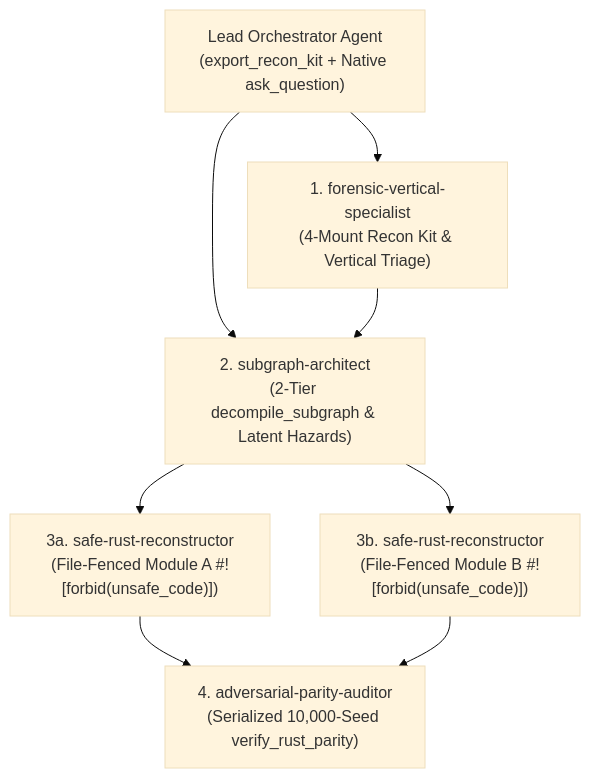
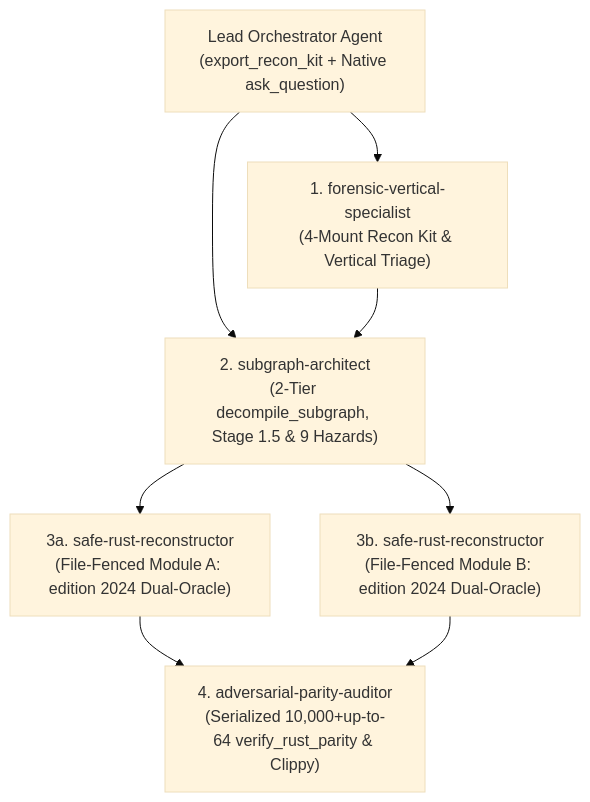
Before and after one commit to PNWcoastie/REA-Argonaut: the diagram in plugins/rea-argonaut/skills/rea-argonaut/references/swarm-orchestration.md, drawn with Mermaid (base theme). The commit also changed other lines of this file and 16 other files, not shown here.

Commit message:
docs(svg,references,guide): polish division-of-labor-map.svg and align reference guides with Stage 1.5, 9 hazards & Rust 1.100 (Closes #34)

````diff
--- a/plugins/rea-argonaut/skills/rea-argonaut/references/swarm-orchestration.md
+++ b/plugins/rea-argonaut/skills/rea-argonaut/references/swarm-orchestration.md
@@ -20,17 +20,17 @@
 ```mermaid
 flowchart TD
     Lead["Lead Orchestrator Agent<br/>(export_recon_kit + Native ask_question)"]
     FVS["1. forensic-vertical-specialist<br/>(4-Mount Recon Kit & Vertical Triage)"]
-    SA["2. subgraph-architect<br/>(2-Tier decompile_subgraph & Latent Hazards)"]
-    SRR1["3a. safe-rust-reconstructor<br/>(File-Fenced Module A #![forbid(unsafe_code)])"]
-    SRR2["3b. safe-rust-reconstructor<br/>(File-Fenced Module B #![forbid(unsafe_code)])"]
-    APA["4. adversarial-parity-auditor<br/>(Serialized 10,000-Seed verify_rust_parity)"]
+    SA["2. subgraph-architect<br/>(2-Tier decompile_subgraph, Stage 1.5 & 9 Hazards)"]
+    SRR1["3a. safe-rust-reconstructor<br/>(File-Fenced Module A: edition 2024 Dual-Oracle)"]
+    SRR2["3b. safe-rust-reconstructor<br/>(File-Fenced Module B: edition 2024 Dual-Oracle)"]
+    APA["4. adversarial-parity-auditor<br/>(Serialized 10,000+up-to-64 verify_rust_parity & Clippy)"]
 
     Lead --> FVS
     Lead --> SA
     FVS --> SA
     SA --> SRR1
     SA --> SRR2
     SRR1 --> APA
     SRR2 --> APA
 ```
````
